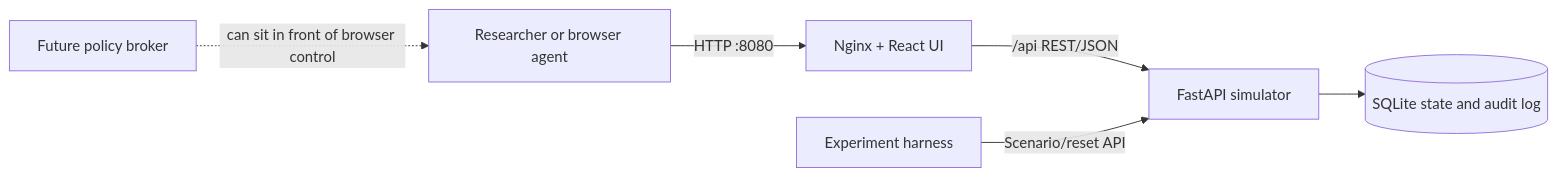
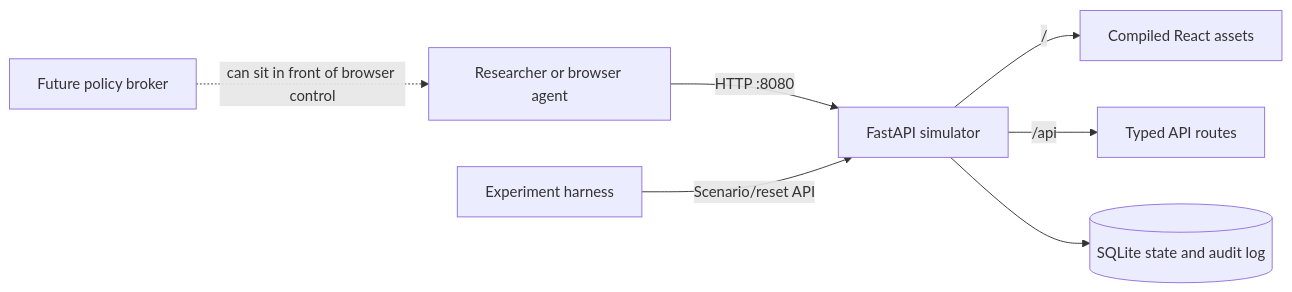
Before and after one commit to The-AnhTa/semsplus-local-emulator: the diagram in README.md, drawn with Mermaid. The commit also changed other lines of this file and 17 other files, not shown here.

````diff
--- a/README.md
+++ b/README.md
@@ -62,8 +104,9 @@
 ```mermaid
 flowchart LR
-    U[Researcher or browser agent] -->|HTTP :8080| N[Nginx + React UI]
-    N -->|/api REST/JSON| F[FastAPI simulator]
+    U[Researcher or browser agent] -->|HTTP :8080| F[FastAPI simulator]
+    F -->|/| R[Compiled React assets]
+    F -->|/api| A[Typed API routes]
     F --> S[(SQLite state and audit log)]
     H[Experiment harness] -->|Scenario/reset API| F
     P[Future policy broker] -. can sit in front of browser control .-> U
 ```
````
